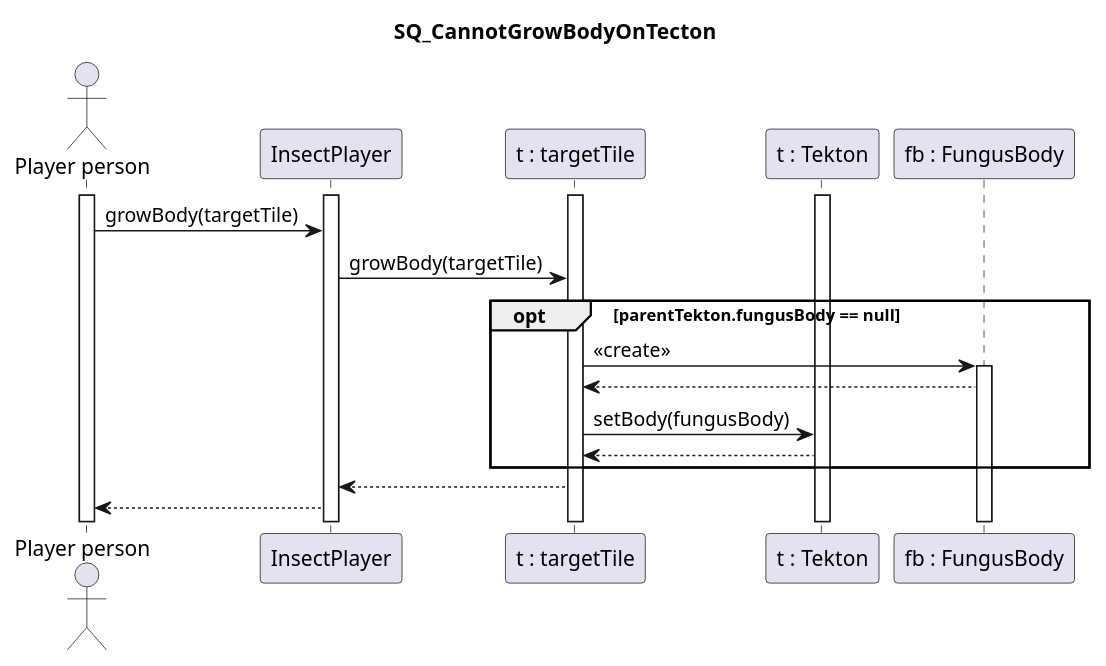
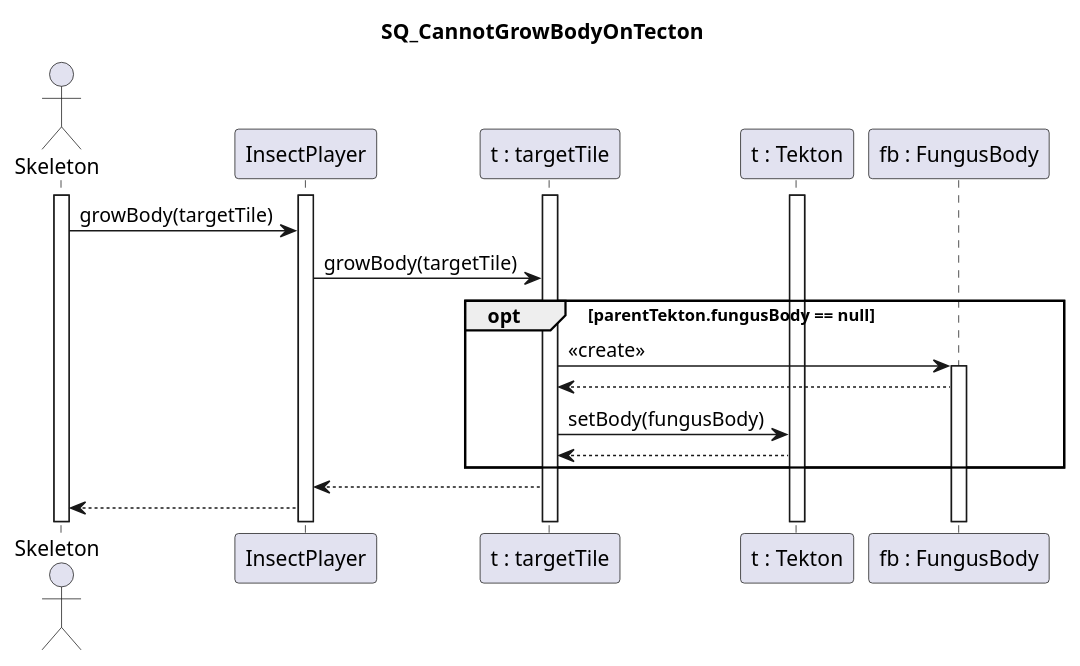
Before and after one commit to Harcipan/Projlab_nullpointerexception: the diagram in diagrams/diagramFiles/SQ_CannotGrowBodyOnTecton.puml, drawn with PlantUML. The commit also changed 23 other files, not shown here.

Commit message:
fixed Player Person and spore eating

```diff
--- a/diagrams/diagramFiles/SQ_CannotGrowBodyOnTecton.puml
+++ b/diagrams/diagramFiles/SQ_CannotGrowBodyOnTecton.puml
@@ -1,28 +1,28 @@
 @startuml SQ_CannotGrowBodyOnTecton
 title SQ_CannotGrowBodyOnTecton
 
-actor "Player person" as Pp
+actor "Skeleton" as Pp
 participant "InsectPlayer" as Ip
 participant "t : targetTile" as Tt
 participant "t : Tekton" as T
 participant "fb : FungusBody" as Fb
 
 activate Pp
 activate Ip
 activate T
 activate Tt
 
 Pp -> Ip : growBody(targetTile)
 Ip -> Tt : growBody(targetTile)
 opt parentTekton.fungusBody == null
     Tt -> Fb : <<create>>
     activate Fb
     Fb --> Tt
     Tt -> T : setBody(fungusBody)
     T --> Tt
 end
 Tt --> Ip
 Ip --> Pp
 
 
 @enduml
```
